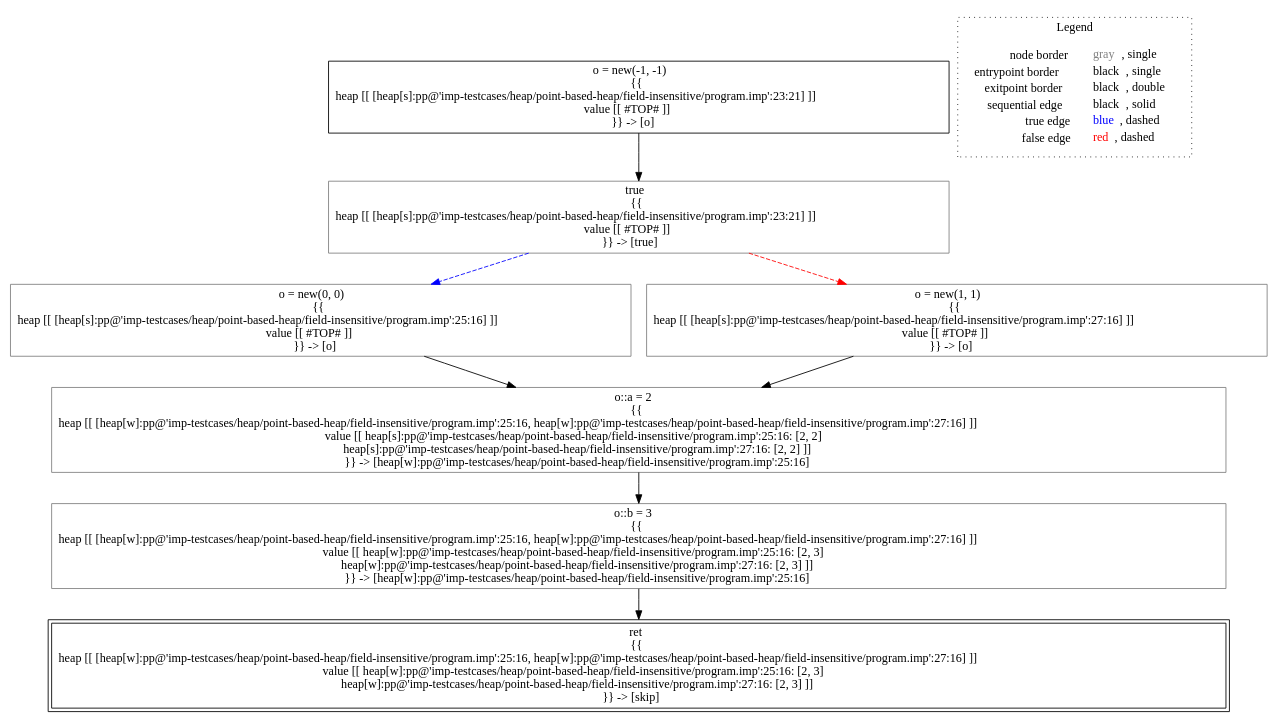
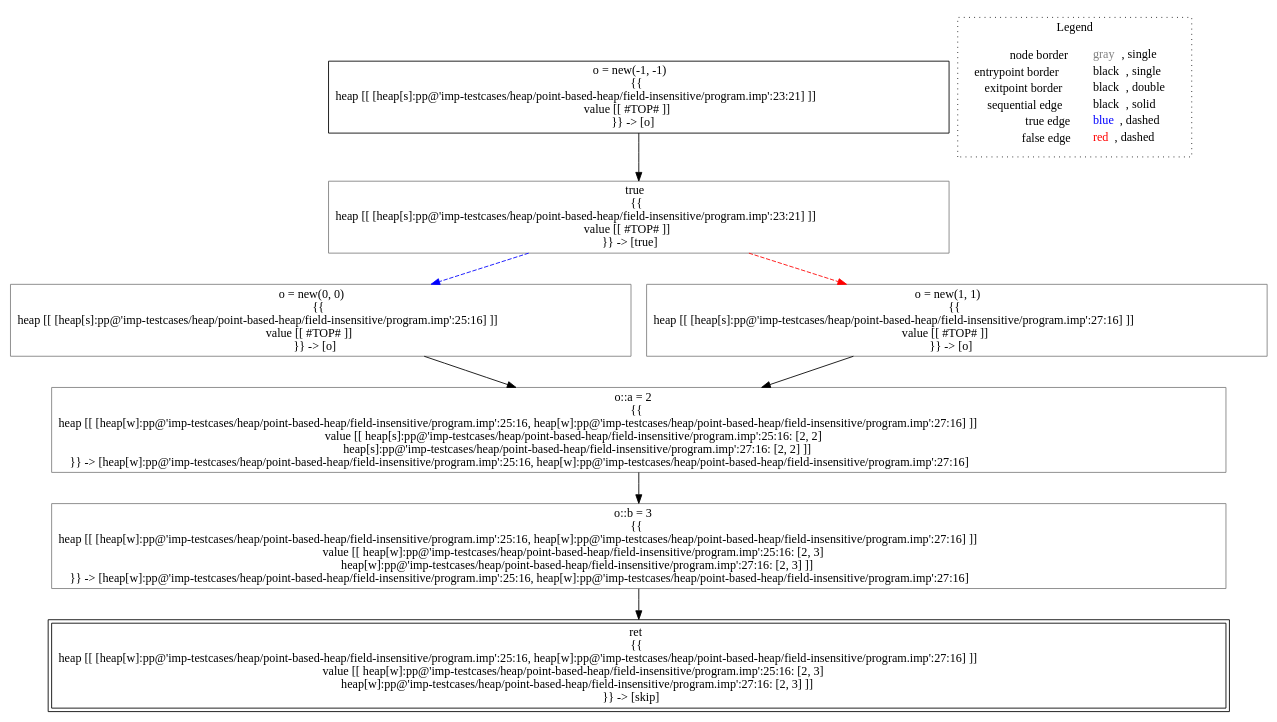
The diagram in lisa/imp-testcases/heap/point-based-heap/field-insensitive/analysis___untyped_A.f3(A_this).dot (lisa-analyzer/lisa), drawn with Graphviz before and after one commit. The commit also changed 3 other files, not shown here.

```diff
--- a/lisa/imp-testcases/heap/point-based-heap/field-insensitive/analysis___untyped_A.f3(A_this).dot
+++ b/lisa/imp-testcases/heap/point-based-heap/field-insensitive/analysis___untyped_A.f3(A_this).dot
@@ -1,23 +1,23 @@
 digraph {
 	"node0" [shape="rect",color="black",label=<o = new(-1, -1)<BR/>{{<BR/>heap [[ [heap[s]:pp@'imp-testcases/heap/point-based-heap/field-insensitive/program.imp':23:21] ]]<BR/>value [[ #TOP# ]]<BR/>}} -&gt; [o]>];
-	"node1" [shape="rect",color="gray",label=<o::a = 2<BR/>{{<BR/>heap [[ [heap[w]:pp@'imp-testcases/heap/point-based-heap/field-insensitive/program.imp':25:16, heap[w]:pp@'imp-testcases/heap/point-based-heap/field-insensitive/program.imp':27:16] ]]<BR/>value [[ heap[s]:pp@'imp-testcases/heap/point-based-heap/field-insensitive/program.imp':25:16: [2, 2]<BR/>heap[s]:pp@'imp-testcases/heap/point-based-heap/field-insensitive/program.imp':27:16: [2, 2] ]]<BR/>}} -&gt; [heap[w]:pp@'imp-testcases/heap/point-based-heap/field-insensitive/program.imp':25:16]>];
-	"node2" [shape="rect",color="gray",label=<o::b = 3<BR/>{{<BR/>heap [[ [heap[w]:pp@'imp-testcases/heap/point-based-heap/field-insensitive/program.imp':25:16, heap[w]:pp@'imp-testcases/heap/point-based-heap/field-insensitive/program.imp':27:16] ]]<BR/>value [[ heap[w]:pp@'imp-testcases/heap/point-based-heap/field-insensitive/program.imp':25:16: [2, 3]<BR/>heap[w]:pp@'imp-testcases/heap/point-based-heap/field-insensitive/program.imp':27:16: [2, 3] ]]<BR/>}} -&gt; [heap[w]:pp@'imp-testcases/heap/point-based-heap/field-insensitive/program.imp':25:16]>];
-	"node3" [shape="rect",color="black",peripheries="2",label=<ret<BR/>{{<BR/>heap [[ [heap[w]:pp@'imp-testcases/heap/point-based-heap/field-insensitive/program.imp':25:16, heap[w]:pp@'imp-testcases/heap/point-based-heap/field-insensitive/program.imp':27:16] ]]<BR/>value [[ heap[w]:pp@'imp-testcases/heap/point-based-heap/field-insensitive/program.imp':25:16: [2, 3]<BR/>heap[w]:pp@'imp-testcases/heap/point-based-heap/field-insensitive/program.imp':27:16: [2, 3] ]]<BR/>}} -&gt; [skip]>];
-	"node4" [shape="rect",color="gray",label=<true<BR/>{{<BR/>heap [[ [heap[s]:pp@'imp-testcases/heap/point-based-heap/field-insensitive/program.imp':23:21] ]]<BR/>value [[ #TOP# ]]<BR/>}} -&gt; [true]>];
-	"node5" [shape="rect",color="gray",label=<o = new(0, 0)<BR/>{{<BR/>heap [[ [heap[s]:pp@'imp-testcases/heap/point-based-heap/field-insensitive/program.imp':25:16] ]]<BR/>value [[ #TOP# ]]<BR/>}} -&gt; [o]>];
-	"node6" [shape="rect",color="gray",label=<o = new(1, 1)<BR/>{{<BR/>heap [[ [heap[s]:pp@'imp-testcases/heap/point-based-heap/field-insensitive/program.imp':27:16] ]]<BR/>value [[ #TOP# ]]<BR/>}} -&gt; [o]>];
-	"node1" -> "node2" [color="black"];
-	"node2" -> "node3" [color="black"];
-	"node0" -> "node4" [color="black"];
-	"node4" -> "node5" [color="blue",style="dashed"];
-	"node4" -> "node6" [color="red",style="dashed"];
-	"node5" -> "node1" [color="black"];
+	"node1" [shape="rect",color="black",peripheries="2",label=<ret<BR/>{{<BR/>heap [[ [heap[w]:pp@'imp-testcases/heap/point-based-heap/field-insensitive/program.imp':25:16, heap[w]:pp@'imp-testcases/heap/point-based-heap/field-insensitive/program.imp':27:16] ]]<BR/>value [[ heap[w]:pp@'imp-testcases/heap/point-based-heap/field-insensitive/program.imp':25:16: [2, 3]<BR/>heap[w]:pp@'imp-testcases/heap/point-based-heap/field-insensitive/program.imp':27:16: [2, 3] ]]<BR/>}} -&gt; [skip]>];
+	"node2" [shape="rect",color="gray",label=<o::a = 2<BR/>{{<BR/>heap [[ [heap[w]:pp@'imp-testcases/heap/point-based-heap/field-insensitive/program.imp':25:16, heap[w]:pp@'imp-testcases/heap/point-based-heap/field-insensitive/program.imp':27:16] ]]<BR/>value [[ heap[s]:pp@'imp-testcases/heap/point-based-heap/field-insensitive/program.imp':25:16: [2, 2]<BR/>heap[s]:pp@'imp-testcases/heap/point-based-heap/field-insensitive/program.imp':27:16: [2, 2] ]]<BR/>}} -&gt; [heap[w]:pp@'imp-testcases/heap/point-based-heap/field-insensitive/program.imp':25:16, heap[w]:pp@'imp-testcases/heap/point-based-heap/field-insensitive/program.imp':27:16]>];
+	"node3" [shape="rect",color="gray",label=<true<BR/>{{<BR/>heap [[ [heap[s]:pp@'imp-testcases/heap/point-based-heap/field-insensitive/program.imp':23:21] ]]<BR/>value [[ #TOP# ]]<BR/>}} -&gt; [true]>];
+	"node4" [shape="rect",color="gray",label=<o = new(0, 0)<BR/>{{<BR/>heap [[ [heap[s]:pp@'imp-testcases/heap/point-based-heap/field-insensitive/program.imp':25:16] ]]<BR/>value [[ #TOP# ]]<BR/>}} -&gt; [o]>];
+	"node5" [shape="rect",color="gray",label=<o = new(1, 1)<BR/>{{<BR/>heap [[ [heap[s]:pp@'imp-testcases/heap/point-based-heap/field-insensitive/program.imp':27:16] ]]<BR/>value [[ #TOP# ]]<BR/>}} -&gt; [o]>];
+	"node6" [shape="rect",color="gray",label=<o::b = 3<BR/>{{<BR/>heap [[ [heap[w]:pp@'imp-testcases/heap/point-based-heap/field-insensitive/program.imp':25:16, heap[w]:pp@'imp-testcases/heap/point-based-heap/field-insensitive/program.imp':27:16] ]]<BR/>value [[ heap[w]:pp@'imp-testcases/heap/point-based-heap/field-insensitive/program.imp':25:16: [2, 3]<BR/>heap[w]:pp@'imp-testcases/heap/point-based-heap/field-insensitive/program.imp':27:16: [2, 3] ]]<BR/>}} -&gt; [heap[w]:pp@'imp-testcases/heap/point-based-heap/field-insensitive/program.imp':25:16, heap[w]:pp@'imp-testcases/heap/point-based-heap/field-insensitive/program.imp':27:16]>];
+	"node2" -> "node6" [color="black"];
+	"node3" -> "node4" [color="blue",style="dashed"];
+	"node3" -> "node5" [color="red",style="dashed"];
+	"node4" -> "node2" [color="black"];
+	"node5" -> "node2" [color="black"];
+	"node0" -> "node3" [color="black"];
 	"node6" -> "node1" [color="black"];
 subgraph cluster_legend {
 	label="Legend";
 	style=dotted;
 	node [shape=plaintext];
 	"legend" [label=<<table border="0" cellpadding="2" cellspacing="0" cellborder="0"><tr><td align="right">node border&nbsp;</td><td align="left"><font color="gray">gray</font>, single</td></tr><tr><td align="right">entrypoint border&nbsp;</td><td align="left"><font color="black">black</font>, single</td></tr><tr><td align="right">exitpoint border&nbsp;</td><td align="left"><font color="black">black</font>, double</td></tr><tr><td align="right">sequential edge&nbsp;</td><td align="left"><font color="black">black</font>, solid</td></tr><tr><td align="right">true edge&nbsp;</td><td align="left"><font color="blue">blue</font>, dashed</td></tr><tr><td align="right">false edge&nbsp;</td><td align="left"><font color="red">red</font>, dashed</td></tr></table>>];
 }
 
 }
```
